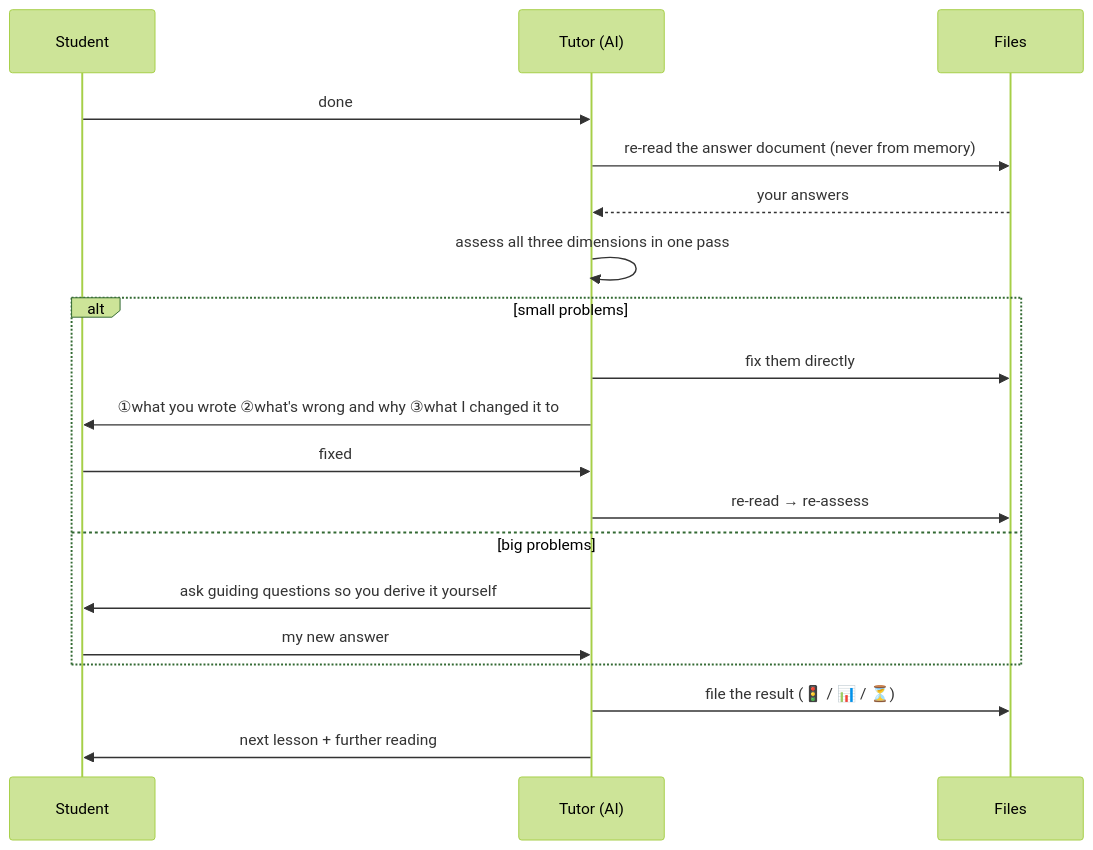
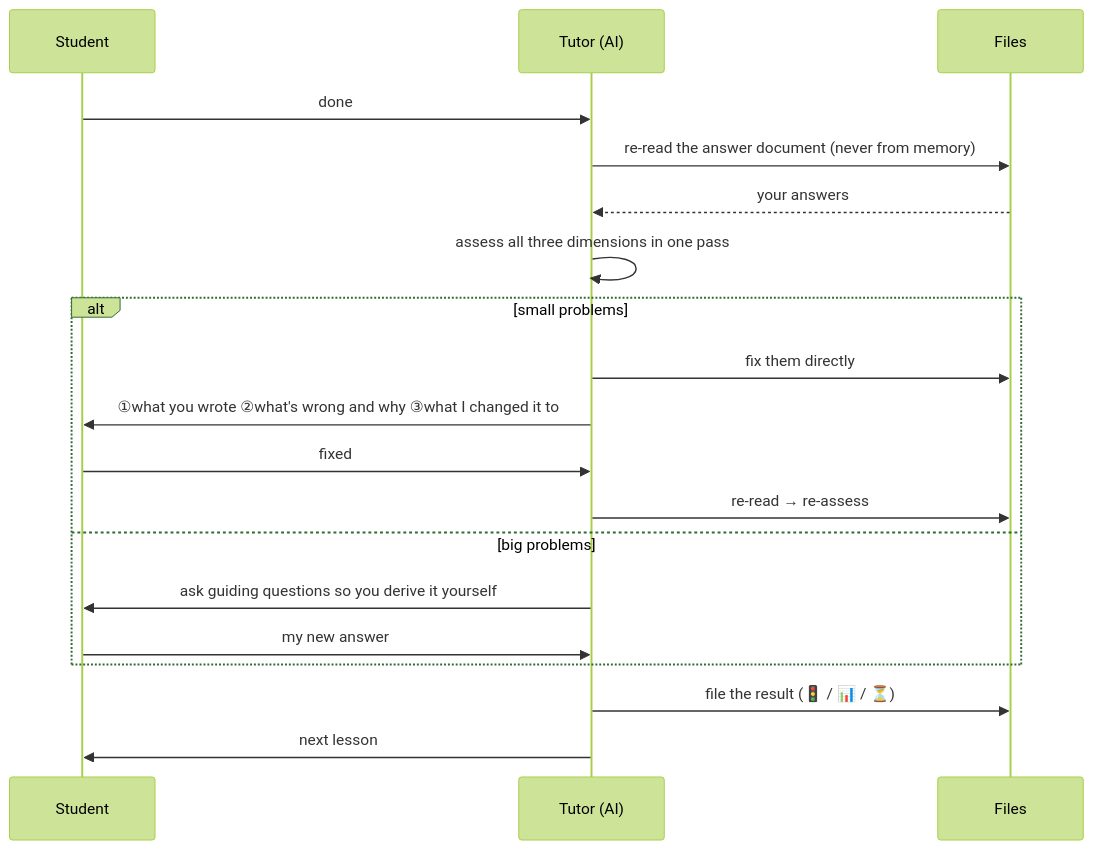
Before and after one commit to wildcat430524/StepsToGreat: the second of 3 diagrams in 教程/ui-mockups.en.md, drawn with Mermaid (forest theme). The commit also changed other lines of this file and 31 other files, not shown here.

````diff
--- a/教程/ui-mockups.en.md
+++ b/教程/ui-mockups.en.md
@@ -309,22 +307,22 @@
 ```mermaid
 sequenceDiagram
     participant S as Student
     participant T as Tutor (AI)
     participant F as Files
 
     S->>T: done
     T->>F: re-read the answer document (never from memory)
     F-->>T: your answers
     T->>T: assess all three dimensions in one pass
     alt small problems
         T->>F: fix them directly
         T->>S: ①what you wrote ②what's wrong and why ③what I changed it to
         S->>T: fixed
         T->>F: re-read → re-assess
     else big problems
         T->>S: ask guiding questions so you derive it yourself
         S->>T: my new answer
     end
     T->>F: file the result (🚦 / 📊 / ⏳)
-    T->>S: next lesson + further reading
+    T->>S: next lesson
 ```
````
